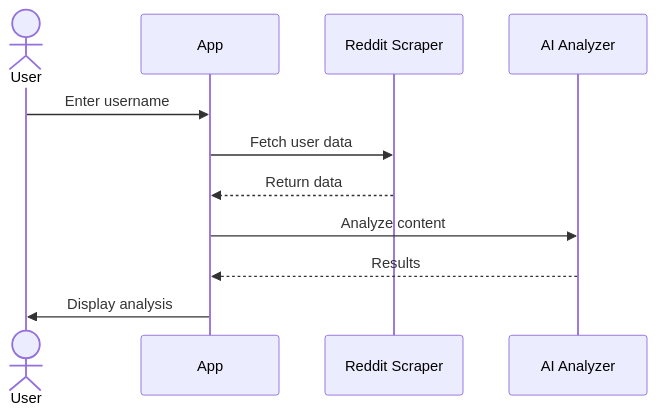
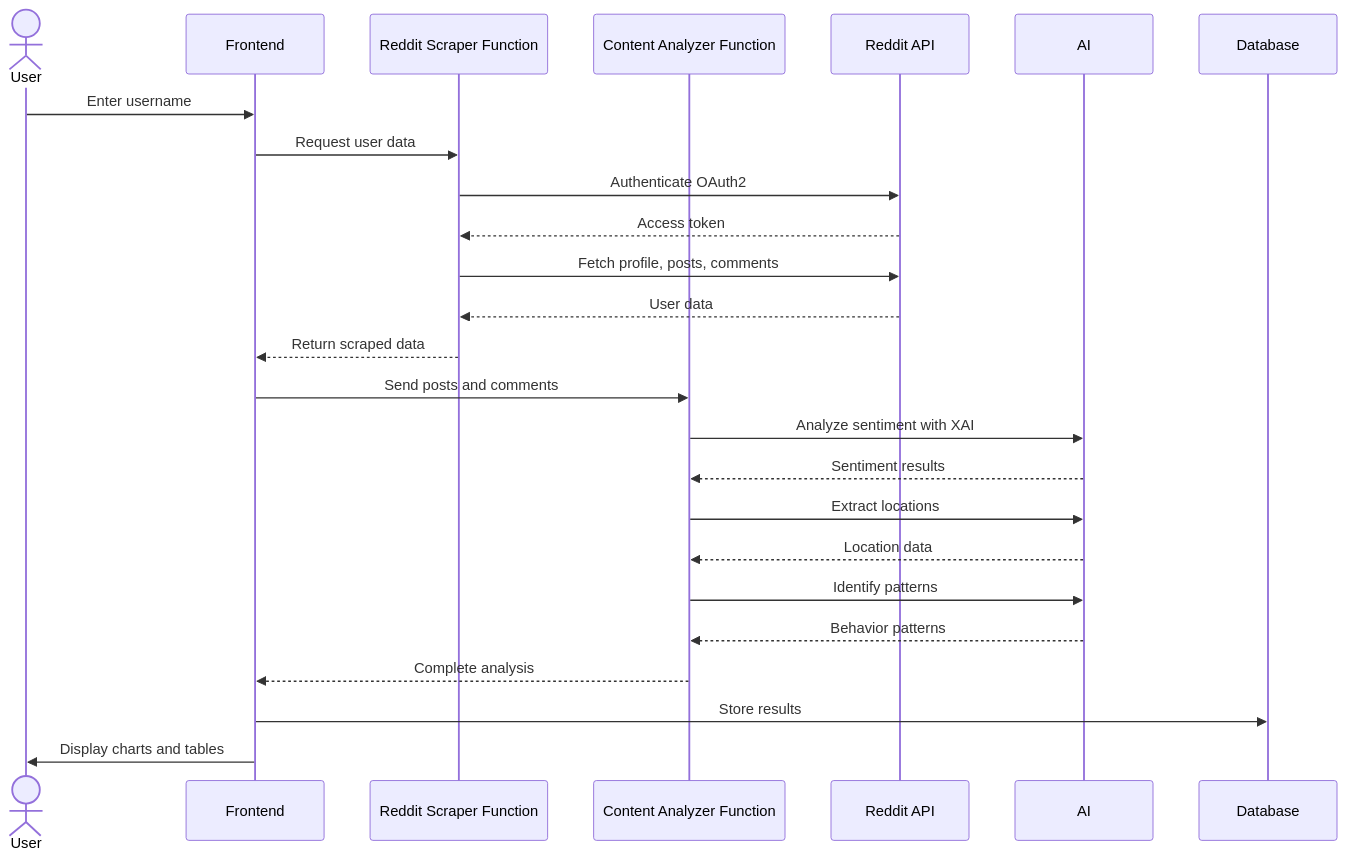
Before and after one commit to Andy-Alferdo/reddit-sleuth-forensics-web: the diagram in diagrams/sequence-diagram.md, drawn with Mermaid. The commit also changed other lines of this file, not shown here.

````diff
--- a/diagrams/sequence-diagram.md
+++ b/diagrams/sequence-diagram.md
@@ -5,14 +5,28 @@
 ```mermaid
 sequenceDiagram
     actor User
-    participant App
-    participant Scraper as Reddit Scraper
-    participant Analyzer as AI Analyzer
-    
-    User->>App: Enter username
-    App->>Scraper: Fetch user data
-    Scraper-->>App: Return data
-    App->>Analyzer: Analyze content
-    Analyzer-->>App: Results
-    App->>User: Display analysis
+    participant Frontend
+    participant RedditScraper as Reddit Scraper Function
+    participant ContentAnalyzer as Content Analyzer Function
+    participant RedditAPI as Reddit API
+    participant AI
+    participant Database
+
+    User->>Frontend: Enter username
+    Frontend->>RedditScraper: Request user data
+    RedditScraper->>RedditAPI: Authenticate OAuth2
+    RedditAPI-->>RedditScraper: Access token
+    RedditScraper->>RedditAPI: Fetch profile, posts, comments
+    RedditAPI-->>RedditScraper: User data
+    RedditScraper-->>Frontend: Return scraped data
+    Frontend->>ContentAnalyzer: Send posts and comments
+    ContentAnalyzer->>AI: Analyze sentiment with XAI
+    AI-->>ContentAnalyzer: Sentiment results
+    ContentAnalyzer->>AI: Extract locations
+    AI-->>ContentAnalyzer: Location data
+    ContentAnalyzer->>AI: Identify patterns
+    AI-->>ContentAnalyzer: Behavior patterns
+    ContentAnalyzer-->>Frontend: Complete analysis
+    Frontend->>Database: Store results
+    Frontend->>User: Display charts and tables
 ```
````
